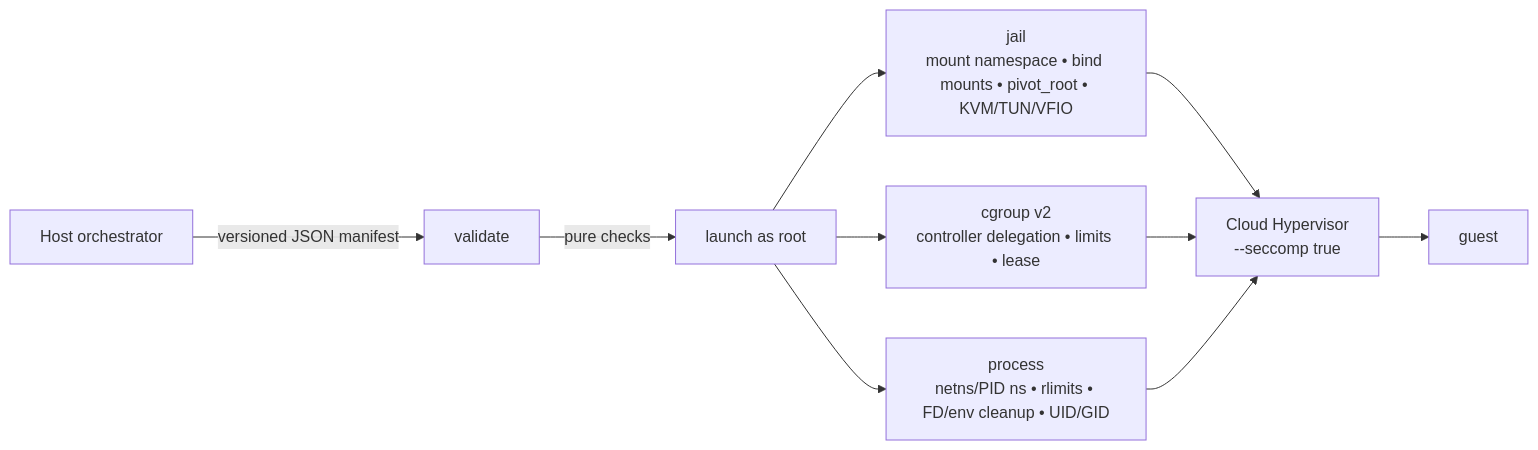
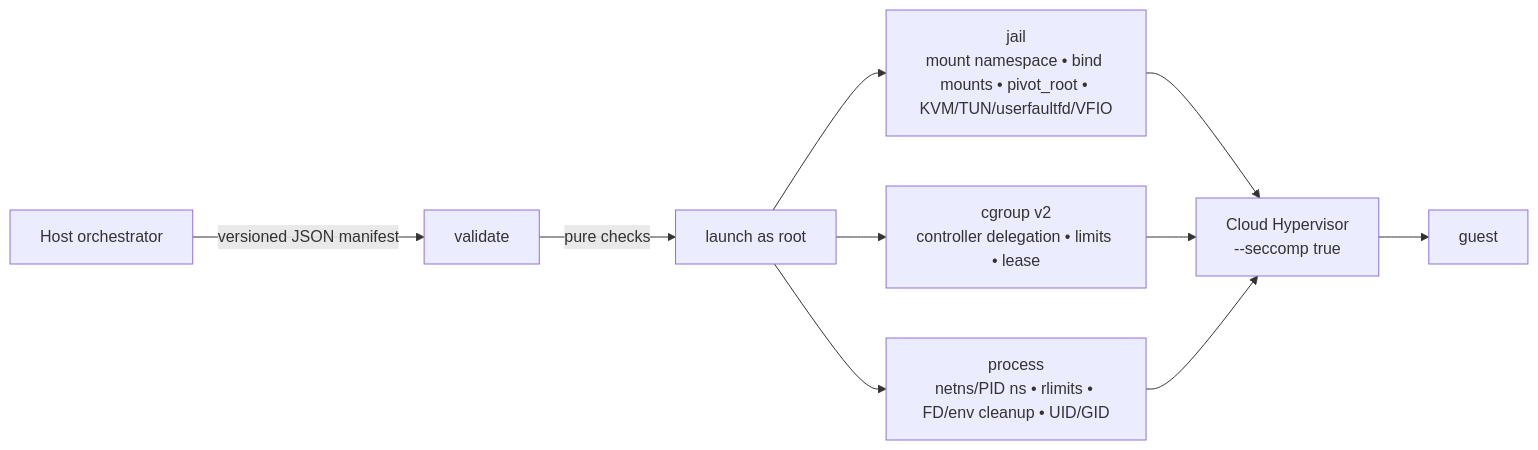
Before and after one commit to spinupdev/cloud-hypervisor-jailer: the first of 2 diagrams in README.md, drawn with Mermaid. The commit also changed other lines of this file and 5 other files, not shown here.

First line of the commit message:
feat: recreate /dev/userfaultfd inside the jail

````diff
--- a/README.md
+++ b/README.md
@@ -34,12 +36,12 @@
 ```mermaid
 flowchart LR
   O["Host orchestrator"] -->|"versioned JSON manifest"| V["validate"]
   V -->|"pure checks"| L["launch as root"]
-  L --> J["jail\nmount namespace • bind mounts • pivot_root • KVM/TUN/VFIO"]
+  L --> J["jail\nmount namespace • bind mounts • pivot_root • KVM/TUN/userfaultfd/VFIO"]
   L --> C["cgroup v2\ncontroller delegation • limits • lease"]
   L --> P["process\nnetns/PID ns • rlimits • FD/env cleanup • UID/GID"]
   J --> CH["Cloud Hypervisor\n--seccomp true"]
   C --> CH
   P --> CH
   CH --> G["guest"]
 ```
````
